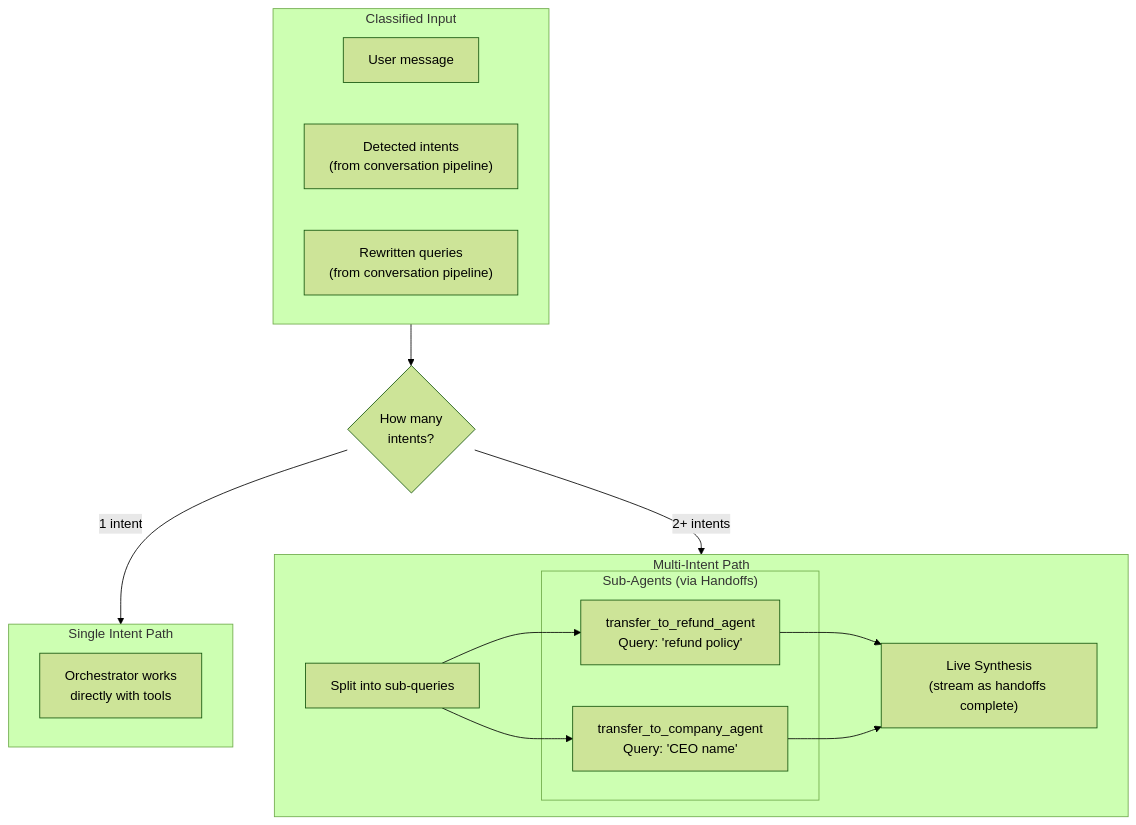
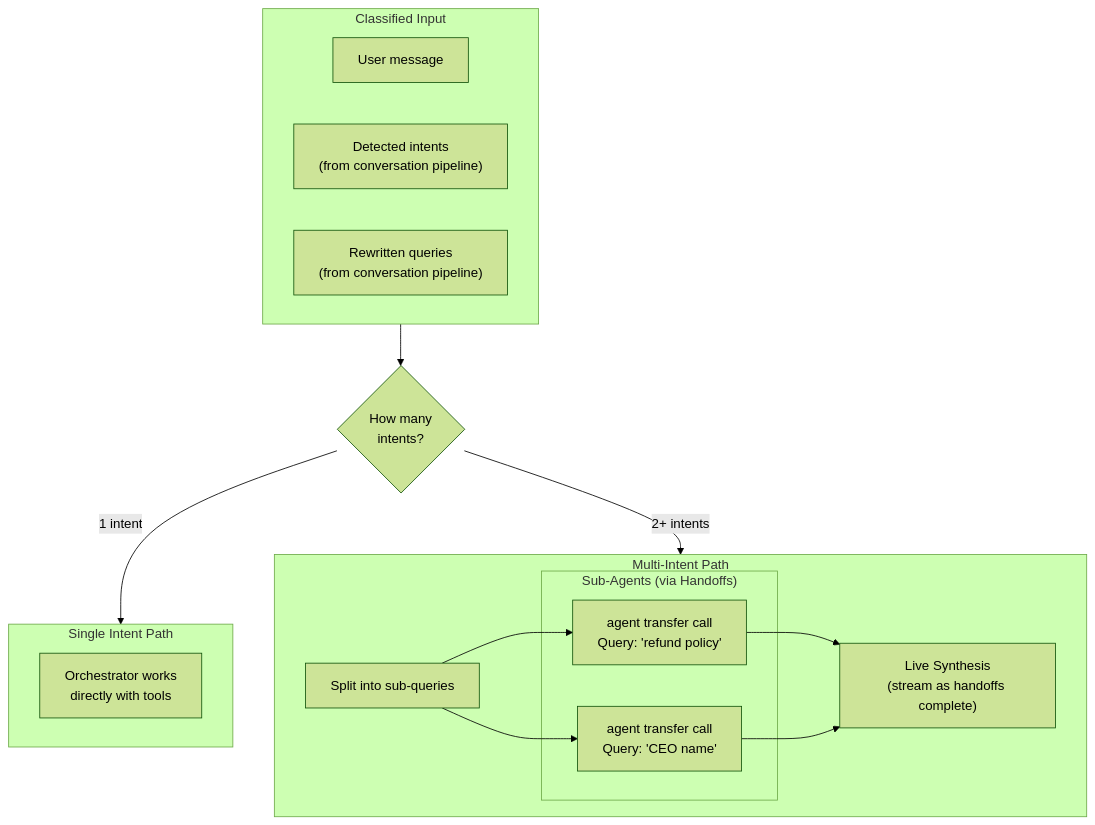
The fifth of 17 diagrams in plan/06-agents.md (1qh/safeagent), drawn with Mermaid (forest theme) before and after one commit. The commit also changed other lines of this file and 18 other files, not shown here.

````diff
--- a/plan/06-agents.md
+++ b/plan/06-agents.md
@@ -159,31 +159,31 @@
 ```mermaid
 flowchart TB
     subgraph CLASSIFIED_INPUT["Classified Input"]
         USER_MESSAGE["User message"]
         DETECTED_INTENTS["Detected intents<br/>(from conversation pipeline)"]
         REWRITTEN_QUERIES["Rewritten queries<br/>(from conversation pipeline)"]
     end
 
     INTENT_DECISION{How many<br/>intents?}
 
     subgraph SINGLE_INTENT_PATH["Single Intent Path"]
         ORCHESTRATOR_DIRECT["Orchestrator works<br/>directly with tools"]
     end
 
     subgraph MULTI_INTENT_PATH["Multi-Intent Path"]
         SPLIT_SUB_QUERIES["Split into sub-queries"]
 
         subgraph PARALLEL_HANDOFFS["Sub-Agents (via Handoffs)"]
-            HANDOFF_REFUND["transfer_to_refund_agent<br/>Query: 'refund policy'"]
-            HANDOFF_COMPANY["transfer_to_company_agent<br/>Query: 'CEO name'"]
+            HANDOFF_REFUND["agent transfer call<br/>Query: 'refund policy'"]
+            HANDOFF_COMPANY["agent transfer call<br/>Query: 'CEO name'"]
         end
 
         MULTI_INTENT_SYNTHESIS["Live Synthesis<br/>(stream as handoffs complete)"]
     end
 
     CLASSIFIED_INPUT --> INTENT_DECISION
     INTENT_DECISION -->|1 intent| SINGLE_INTENT_PATH
     INTENT_DECISION -->|2+ intents| MULTI_INTENT_PATH
     SPLIT_SUB_QUERIES --> HANDOFF_REFUND & HANDOFF_COMPANY
     HANDOFF_REFUND & HANDOFF_COMPANY --> MULTI_INTENT_SYNTHESIS
 ```
````
